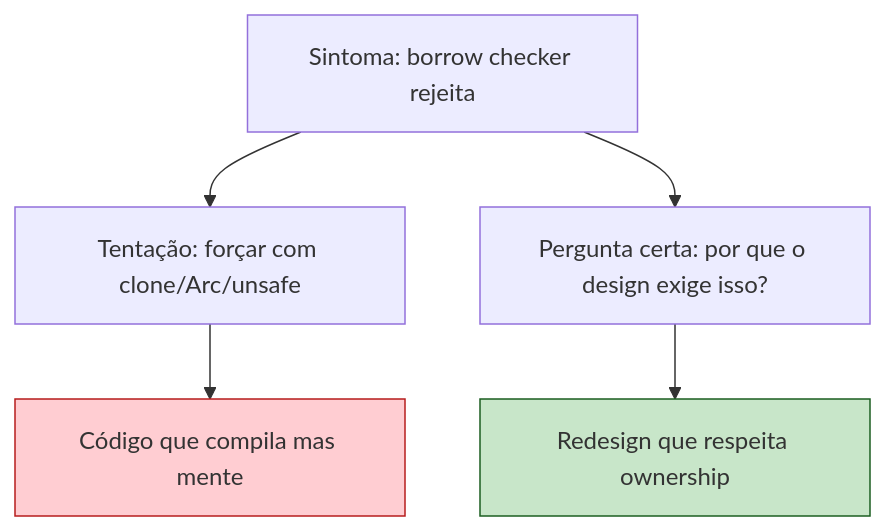
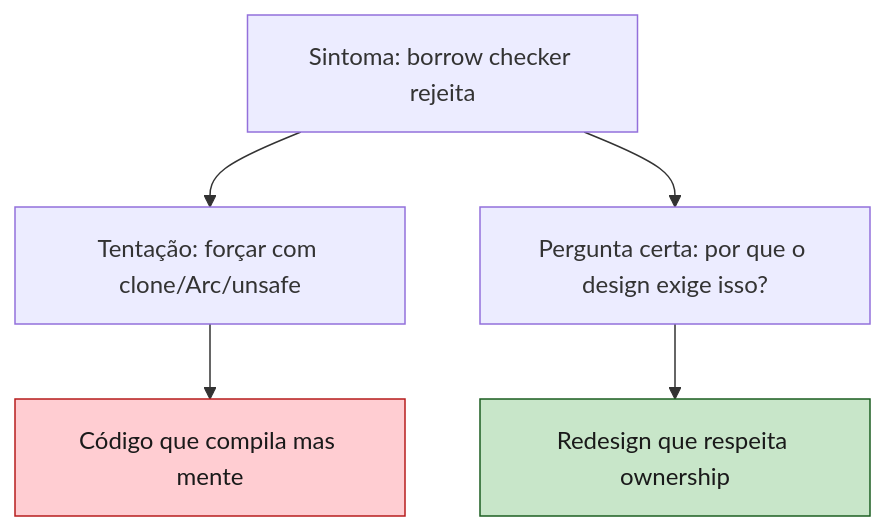
One commit to Felipeness/ferro-e-espirito changed the first of 2 diagrams in book/part-21-philosophy/ch61-anti-patterns.md. Above: the diagram before and after it, drawn with Mermaid. The commit also changed other lines of this file and 56 other files, not shown here.

First line of the commit message:
fix: contraste de texto em diagramas mermaid

````diff
--- a/book/part-21-philosophy/ch61-anti-patterns.md
+++ b/book/part-21-philosophy/ch61-anti-patterns.md
@@ -21,12 +21,12 @@
 ```mermaid
 graph TB
     Sintoma[Sintoma: borrow checker rejeita]
     Sintoma --> Tentacao[Tentação: forçar com clone/Arc/unsafe]
     Sintoma --> Pergunta[Pergunta certa: por que o design exige isso?]
 
     Tentacao --> CodigoFeio[Código que compila mas mente]
     Pergunta --> Redesign[Redesign que respeita ownership]
 
-    style CodigoFeio fill:#ffcdd2,stroke:#b71c1c
-    style Redesign fill:#c8e6c9,stroke:#1b5e20
+    style CodigoFeio fill:#ffcdd2,stroke:#b71c1c,color:#1a1a1a
+    style Redesign fill:#c8e6c9,stroke:#1b5e20,color:#1a1a1a
 ```
````
